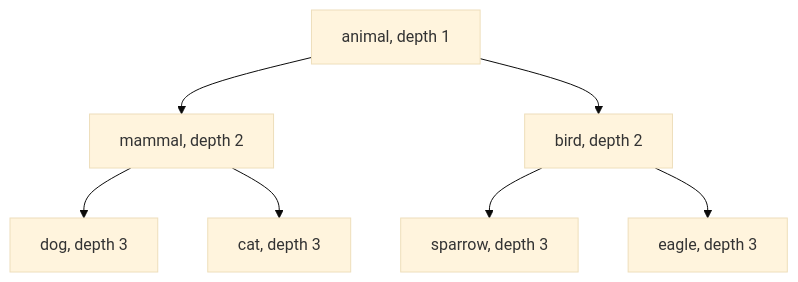
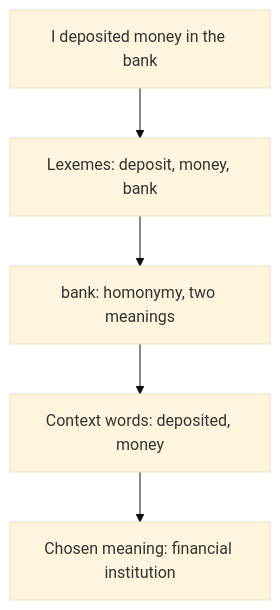
The sixth of 6 diagrams in content/natural-language-processing/notes/lexical-semantics.mdx (TrendySloth1001/sem-seven-notes), drawn with Mermaid (base theme) before and after one commit. The commit also changed other lines of this file and 406 other files, not shown here.

````diff
--- a/content/natural-language-processing/notes/lexical-semantics.mdx
+++ b/content/natural-language-processing/notes/lexical-semantics.mdx
@@ -317,10 +133,8 @@
 ```mermaid
-%% caption: A tiny is-a tree used in Examples 1 and 2. The number beside each word is its depth when the root counts as depth 1.
+%% caption: Lexical semantic analysis of the example sentence.
 flowchart TD
-  A["animal, depth 1"] --> M["mammal, depth 2"]
-  A --> B["bird, depth 2"]
-  M --> D["dog, depth 3"]
-  M --> C["cat, depth 3"]
-  B --> S["sparrow, depth 3"]
-  B --> E["eagle, depth 3"]
+  A["I deposited money in the bank"] --> B["Lexemes: deposit, money, bank"]
+  B --> C["bank: homonymy, two meanings"]
+  C --> D["Context words: deposited, money"]
+  D --> E["Chosen meaning: financial institution"]
 ```
````
